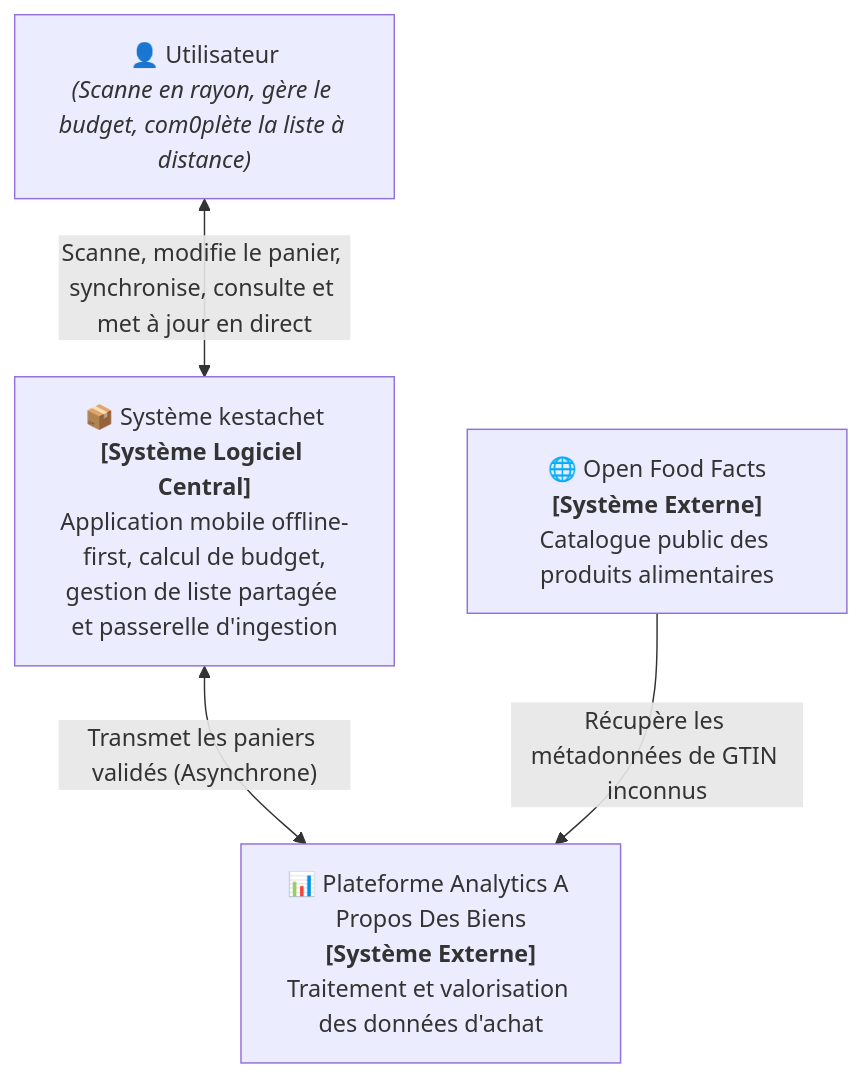
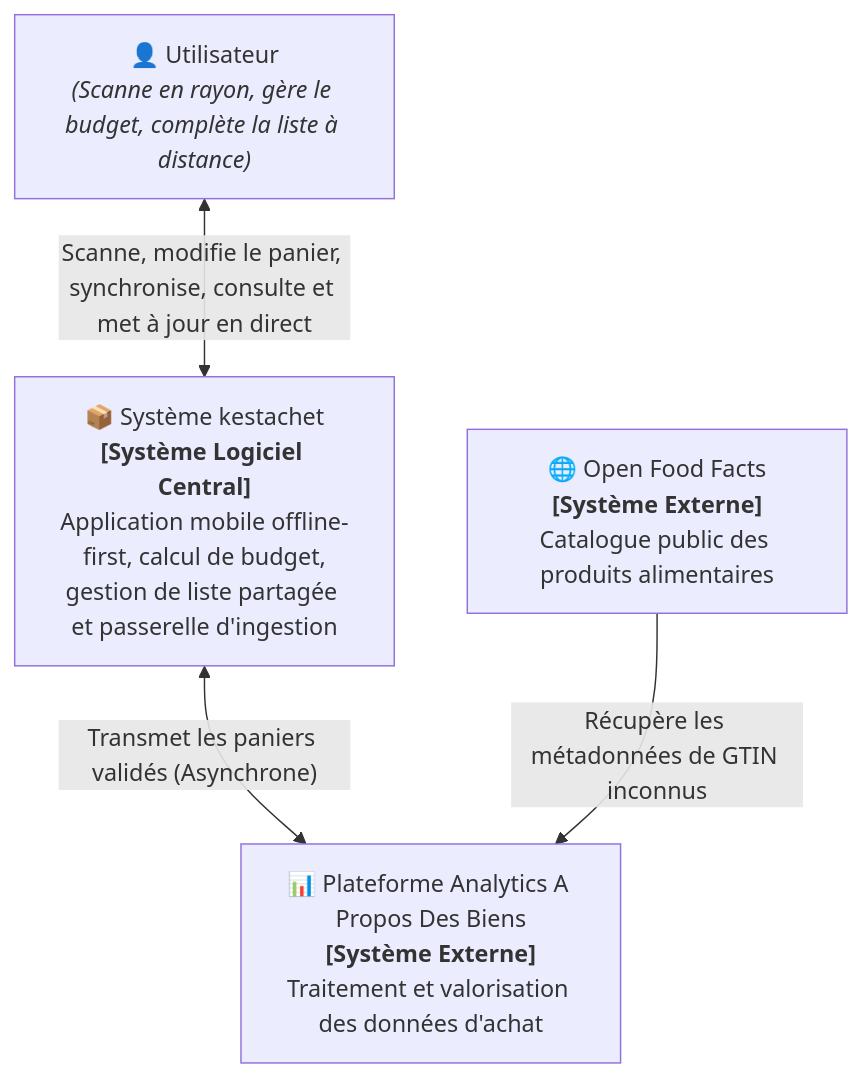
The first of 2 diagrams in docs/architecture.md (Edsaje/kestachet), drawn with Mermaid before and after one commit. The commit also changed other lines of this file, not shown here.

Commit message:
docs: ajout du diagramme C2 des conteneurs kestachet

````diff
--- a/docs/architecture.md
+++ b/docs/architecture.md
@@ -3,9 +11,9 @@
 ```mermaid
 flowchart TB
-    U["👤 Utilisateur<br><i>(Scanne en rayon, gère le budget, com0plète la liste à distance)</i>"] <-- Scanne, modifie le panier, synchronise, consulte et met à jour en direct --> K@{ label: "📦 Système kestachet<br><b>[Système Logiciel Central]</b><br>Application mobile offline-first, calcul de budget,<br>gestion de liste partagée et passerelle d'ingestion" }
+    U["👤 Utilisateur<br><i>(Scanne en rayon, gère le budget, complète la liste à distance)</i>"] <-- Scanne, modifie le panier, synchronise, consulte et met à jour en direct --> K@{ label: "📦 Système kestachet<br><b>[Système Logiciel Central]</b><br>Application mobile offline-first, calcul de budget,<br>gestion de liste partagée et passerelle d'ingestion" }
     K <-- Transmet les paniers validés (Asynchrone) --> DATA@{ label: "📊 Plateforme Analytics A Propos Des Biens<br><b>[Système Externe]</b><br>Traitement et valorisation des données d'achat" }
     OFF["🌐 Open Food Facts<br><b>[Système Externe]</b><br>Catalogue public des produits alimentaires"] -- Récupère les métadonnées de GTIN inconnus --> DATA
 
     K@{ shape: rect}
     DATA@{ shape: rect}
 ```
````
